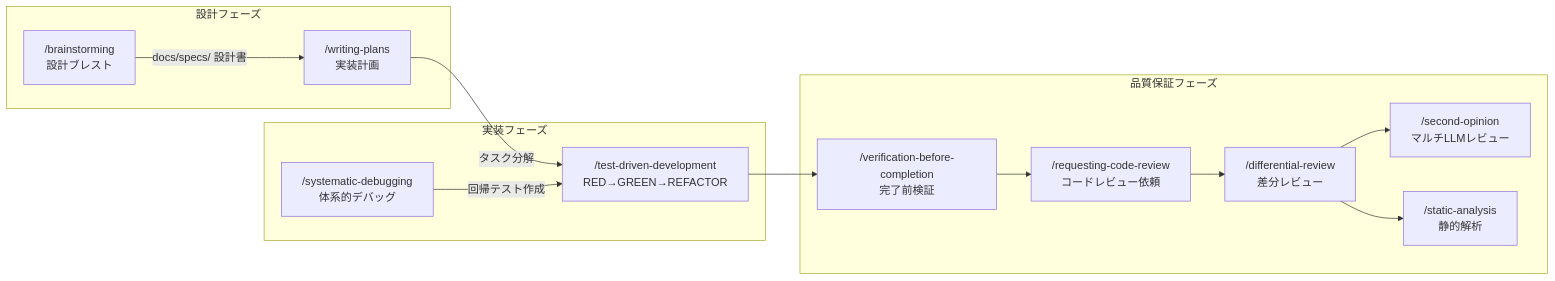
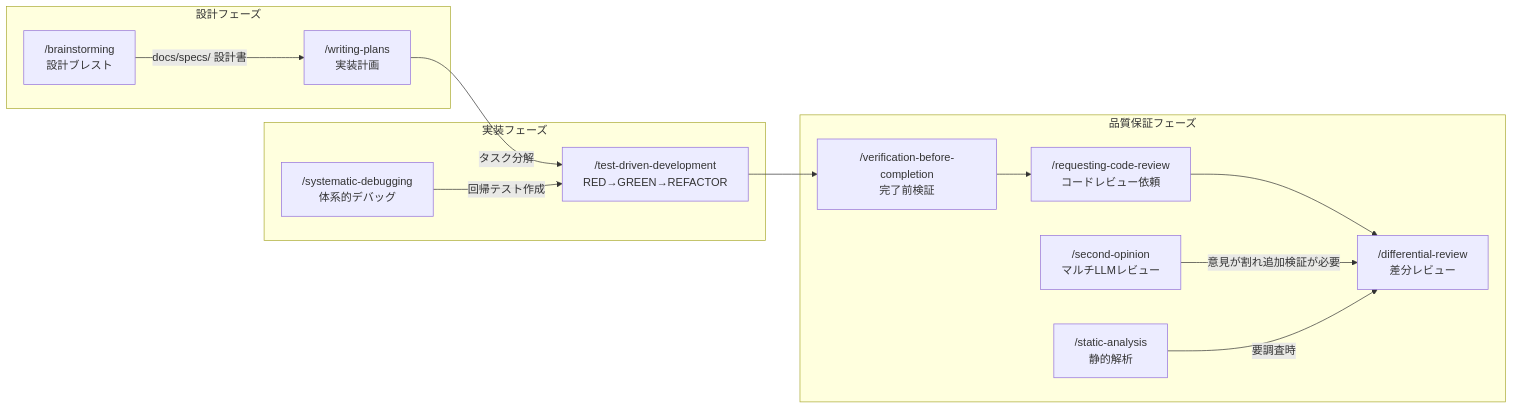
Before and after one commit to KdavisO/claude-project-template: the seventh of 8 diagrams in docs/command-orchestration.md, drawn with Mermaid. The commit also changed other lines of this file, not shown here.

First line of the commit message:
fix: Copilotレビュー指摘に基づくフロー図の修正

````diff
--- a/docs/command-orchestration.md
+++ b/docs/command-orchestration.md
@@ -190,29 +190,29 @@
 ```mermaid
 flowchart LR
     subgraph "設計フェーズ"
         BS["/brainstorming\n設計ブレスト"]
         WP["/writing-plans\n実装計画"]
     end
 
     subgraph "実装フェーズ"
         TDD["/test-driven-development\nRED→GREEN→REFACTOR"]
         DB["/systematic-debugging\n体系的デバッグ"]
     end
 
     subgraph "品質保証フェーズ"
         VBC["/verification-before-completion\n完了前検証"]
         RCR["/requesting-code-review\nコードレビュー依頼"]
         DR["/differential-review\n差分レビュー"]
         SO["/second-opinion\nマルチLLMレビュー"]
         SA["/static-analysis\n静的解析"]
     end
 
     BS -->|"docs/specs/ 設計書"| WP
     WP -->|"タスク分解"| TDD
     DB -->|"回帰テスト作成"| TDD
     TDD --> VBC
     VBC --> RCR
     RCR --> DR
-    DR --> SO
-    DR --> SA
+    SO -->|"意見が割れ追加検証が必要"| DR
+    SA -->|"要調査時"| DR
 ```
````
